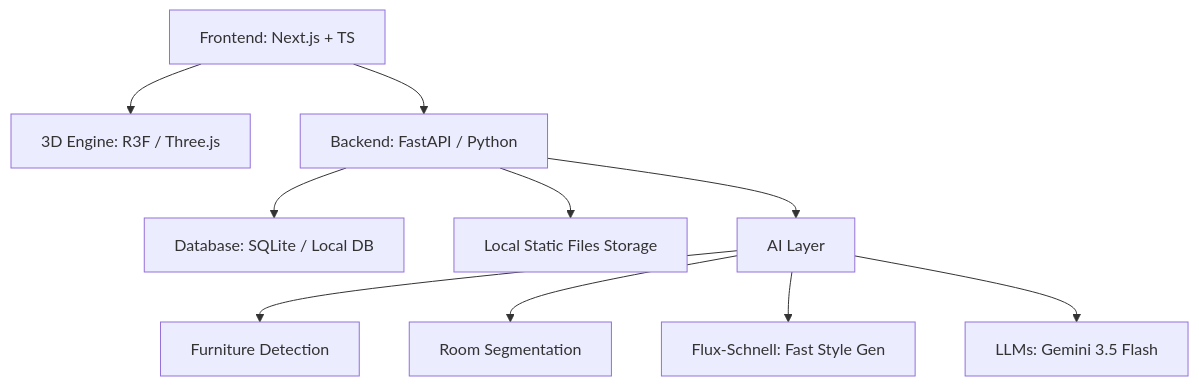
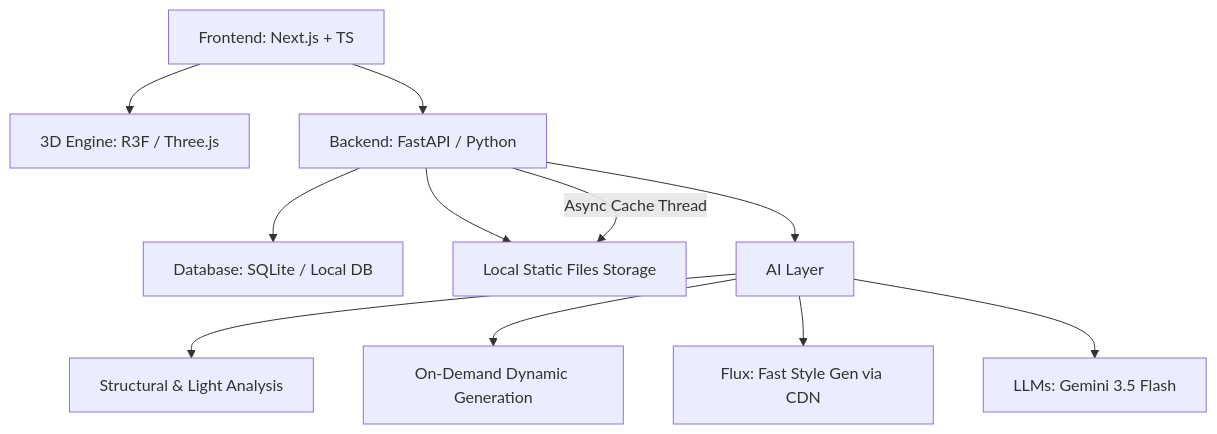
The diagram in README.md (AnishaPaturi/HomeVerse), drawn with Mermaid before and after one commit. The commit also changed other lines of this file and 2 other files, not shown here.

````diff
--- a/README.md
+++ b/README.md
@@ -130,12 +118,13 @@
 ```mermaid
 graph TD
     A[Frontend: Next.js + TS] --> B[3D Engine: R3F / Three.js]
     A --> C[Backend: FastAPI / Python]
     C --> D[Database: SQLite / Local DB]
     C --> E[Local Static Files Storage]
     C --> F[AI Layer]
-    F --> F1[Furniture Detection]
-    F --> F2[Room Segmentation]
-    F --> F3[Flux-Schnell: Fast Style Gen]
+    F --> F1[Structural & Light Analysis]
+    F --> F2[On-Demand Dynamic Generation]
+    F --> F3[Flux: Fast Style Gen via CDN]
     F --> F4[LLMs: Gemini 3.5 Flash]
+    C -->|Async Cache Thread| E
 ```
````
